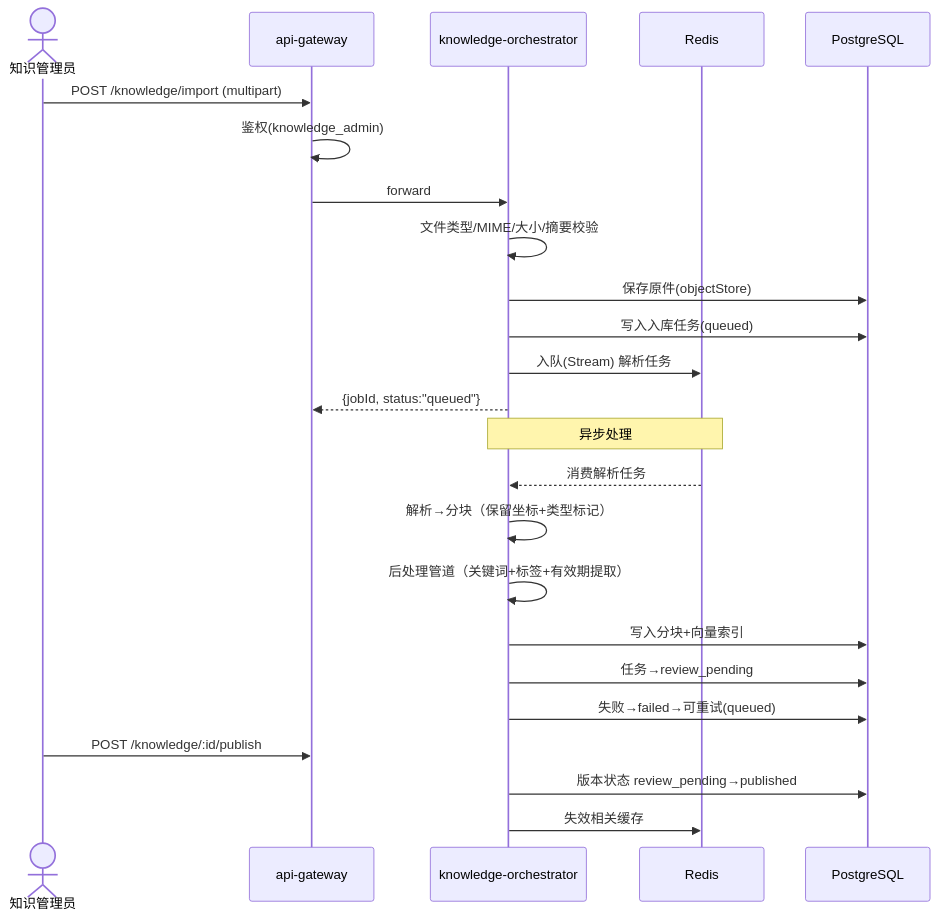
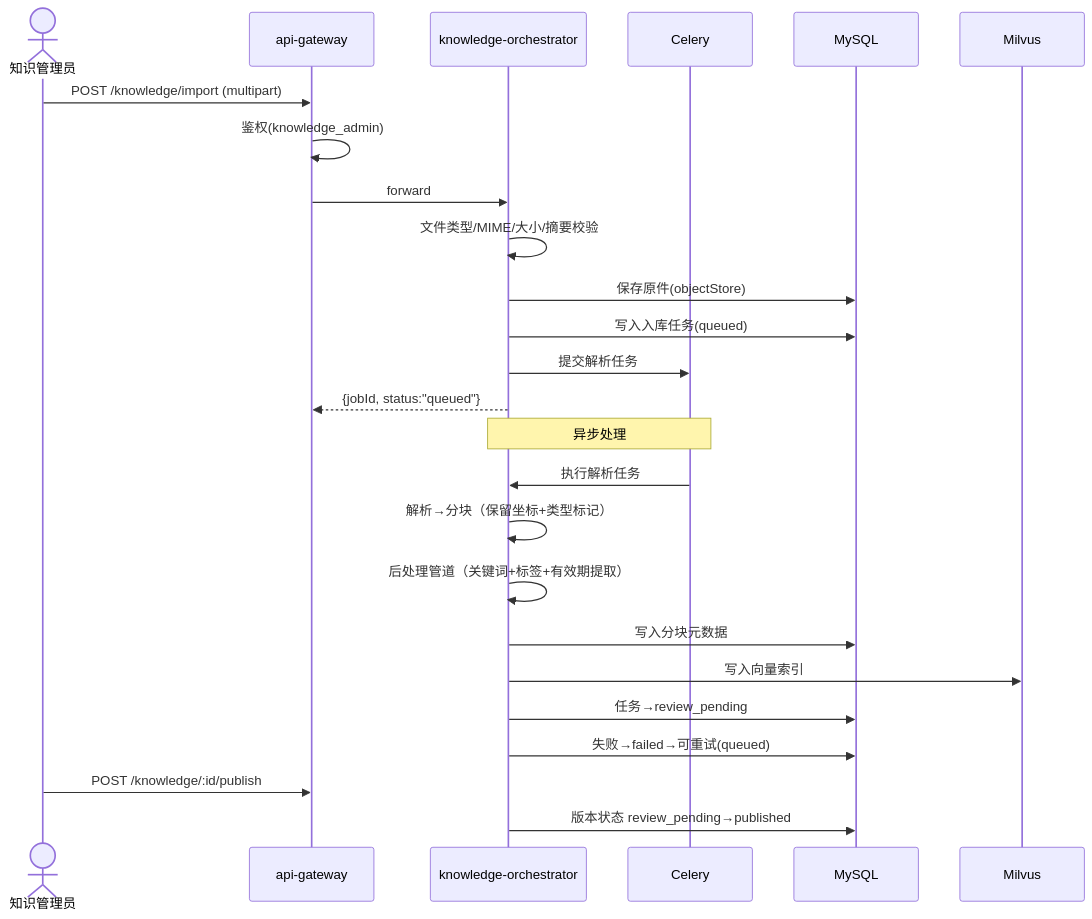
The diagram in docs/architecture/knowledge-ingestion-sequence.mermaid (liangyiliu96-cmyk/zhenhu-care-handoff), drawn with Mermaid before and after one commit. The commit also changed 4 other files, not shown here.

First line of the commit message:
refactor(arch): 架构总览 v0.2 — FastAPI+MySQL/Milvus+前端完整方案

```diff
--- a/docs/architecture/knowledge-ingestion-sequence.mermaid
+++ b/docs/architecture/knowledge-ingestion-sequence.mermaid
@@ -1,27 +1,28 @@
 sequenceDiagram
   actor KA as 知识管理员
   participant GW as api-gateway
   participant KO as knowledge-orchestrator
-  participant R as Redis
-  participant DB as PostgreSQL
+  participant Celery as Celery
+  participant MySQL as MySQL
+  participant Milvus as Milvus
 
   KA->>GW: POST /knowledge/import (multipart)
   GW->>GW: 鉴权(knowledge_admin)
   GW->>KO: forward
   KO->>KO: 文件类型/MIME/大小/摘要校验
-  KO->>DB: 保存原件(objectStore)
-  KO->>DB: 写入入库任务(queued)
-  KO->>R: 入队(Stream) 解析任务
+  KO->>MySQL: 保存原件(objectStore)
+  KO->>MySQL: 写入入库任务(queued)
+  KO->>Celery: 提交解析任务
   KO-->>GW: {jobId, status:"queued"}
 
-  Note over KO,R: 异步处理
-  R-->>KO: 消费解析任务
+  Note over KO,Celery: 异步处理
+  Celery->>KO: 执行解析任务
   KO->>KO: 解析→分块（保留坐标+类型标记）
   KO->>KO: 后处理管道（关键词+标签+有效期提取）
-  KO->>DB: 写入分块+向量索引
-  KO->>DB: 任务→review_pending
-  KO->>DB: 失败→failed→可重试(queued)
+  KO->>MySQL: 写入分块元数据
+  KO->>Milvus: 写入向量索引
+  KO->>MySQL: 任务→review_pending
+  KO->>MySQL: 失败→failed→可重试(queued)
 
   KA->>GW: POST /knowledge/:id/publish
-  KO->>DB: 版本状态 review_pending→published
-  KO->>R: 失效相关缓存
+  KO->>MySQL: 版本状态 review_pending→published
```
